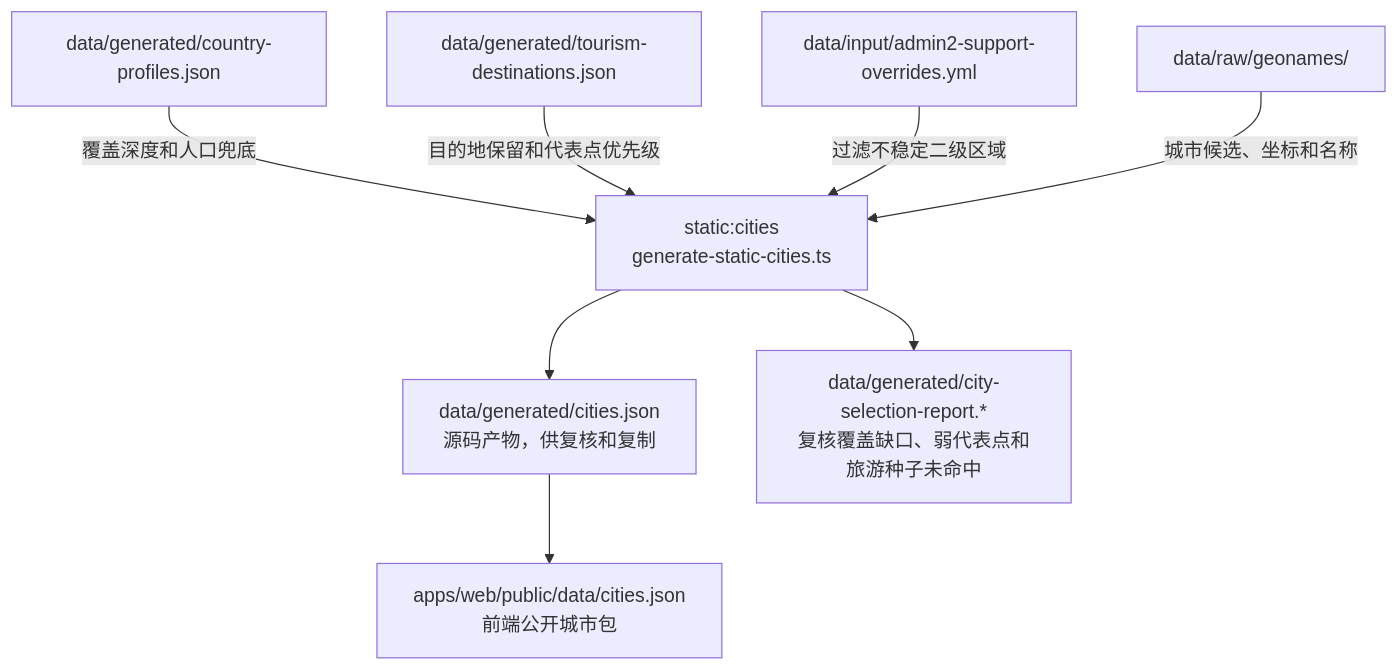
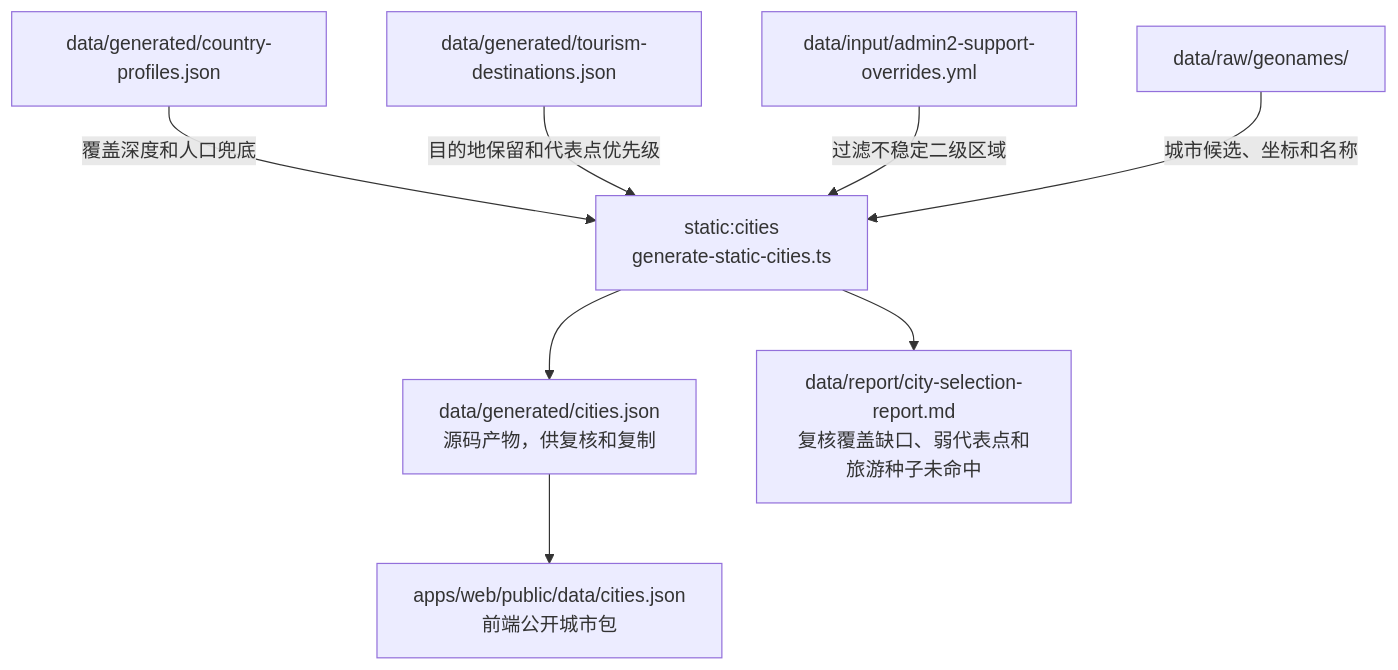
The fourth of 6 diagrams in docs/specs/31-data-flow.md (xiaomingio/weather-trip), drawn with Mermaid before and after one commit. The commit also changed other lines of this file and 29 other files, not shown here.

Commit message:
chore: move data reports out of generated

````diff
--- a/docs/specs/31-data-flow.md
+++ b/docs/specs/31-data-flow.md
@@ -190,18 +190,18 @@
 ```mermaid
 flowchart TB
   profilesGenerated["data/generated/country-profiles.json"]
   tourismGenerated["data/generated/tourism-destinations.json"]
   admin2Support["data/input/admin2-support-overrides.yml"]
   rawGeonames["data/raw/geonames/"]
   generateCities["static:cities<br/>generate-static-cities.ts"]
   citiesData["data/generated/cities.json<br/>源码产物，供复核和复制"]
-  cityReport["data/generated/city-selection-report.*<br/>复核覆盖缺口、弱代表点和旅游种子未命中"]
+  cityReport["data/report/city-selection-report.md<br/>复核覆盖缺口、弱代表点和旅游种子未命中"]
   publicCities["apps/web/public/data/cities.json<br/>前端公开城市包"]
 
   profilesGenerated -->|覆盖深度和人口兜底| generateCities
   tourismGenerated -->|目的地保留和代表点优先级| generateCities
   admin2Support -->|过滤不稳定二级区域| generateCities
   rawGeonames -->|城市候选、坐标和名称| generateCities
   generateCities --> citiesData --> publicCities
   generateCities --> cityReport
 ```
````
